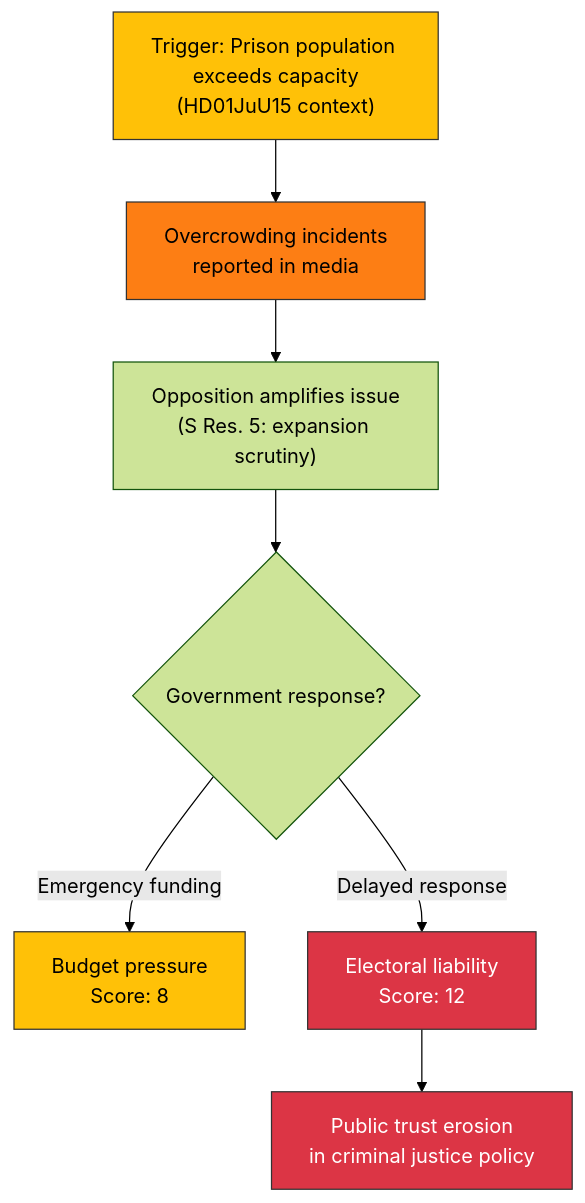
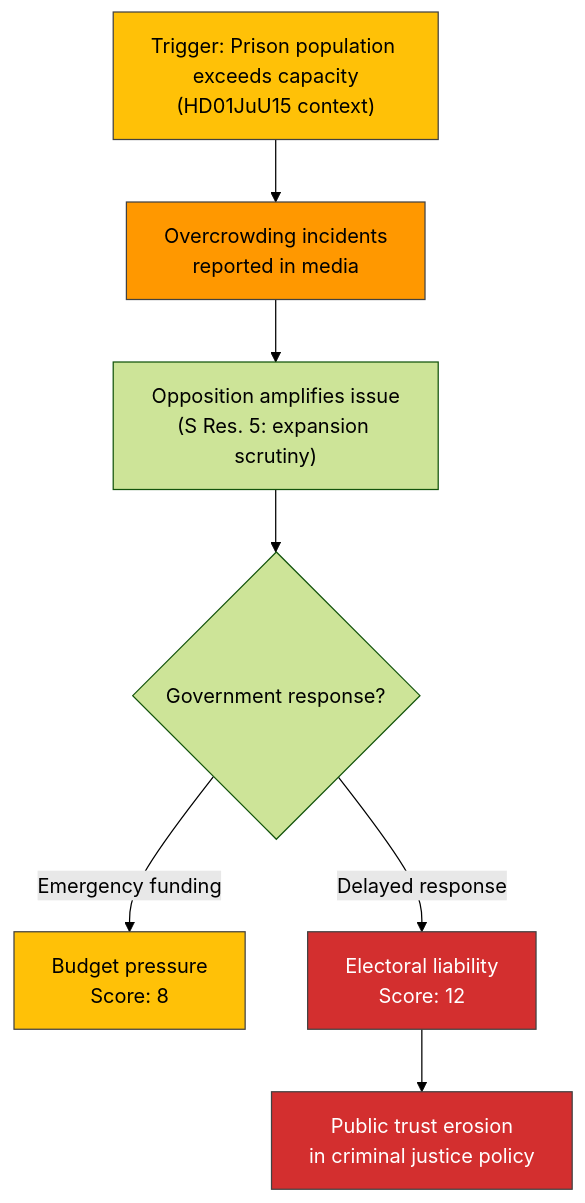
The second of 2 diagrams in analysis/daily/2026-04-06/realtime-1420/risk-assessment.md (Hack23/riksdagsmonitor), drawn with Mermaid (forest theme) before and after one commit. The commit also changed other lines of this file and 785 other files, not shown here.

First line of the commit message:
Normalize mermaid colors across 786 analysis artifacts to ISMS Style Guide palette

````diff
--- a/analysis/daily/2026-04-06/realtime-1420/risk-assessment.md
+++ b/analysis/daily/2026-04-06/realtime-1420/risk-assessment.md
@@ -59,15 +59,15 @@
 ```mermaid
 graph TD
     A["Trigger: Prison population exceeds capacity<br/>(HD01JuU15 context)"] --> B["Overcrowding incidents<br/>reported in media"]
     B --> C["Opposition amplifies issue<br/>(S Res. 5: expansion scrutiny)"]
     C --> D{"Government response?"}
     D -->|"Emergency funding"| E["Budget pressure<br/>Score: 8"]
     D -->|"Delayed response"| F["Electoral liability<br/>Score: 12"]
     F --> G["Public trust erosion<br/>in criminal justice policy"]
 
-    style A fill:#ffc107,stroke:#333,color:#000
-    style B fill:#fd7e14,stroke:#333,color:#000
-    style F fill:#dc3545,stroke:#333,color:#fff
-    style G fill:#dc3545,stroke:#333,color:#fff
-    style E fill:#ffc107,stroke:#333,color:#000
+    style A fill:#FFC107,stroke:#424242,color:#000000
+    style B fill:#FF9800,stroke:#424242,color:#000000
+    style F fill:#D32F2F,stroke:#424242,color:#FFFFFF
+    style G fill:#D32F2F,stroke:#424242,color:#FFFFFF
+    style E fill:#FFC107,stroke:#424242,color:#000000
 ```
````
